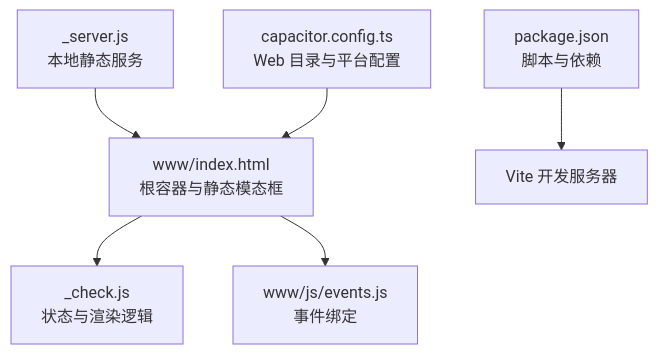
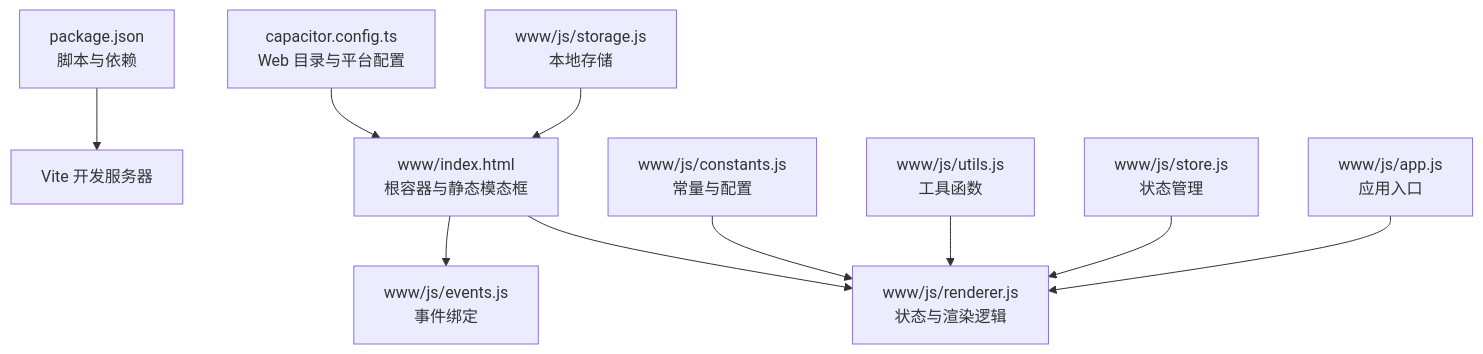
The first of 10 diagrams in .qoder/repowiki/zh/content/核心功能模块/用户界面组件.md (KAGUYA284/anima-list), drawn with Mermaid before and after one commit. The commit also changed other lines of this file and 17 other files, not shown here.

````diff
--- a/.qoder/repowiki/zh/content/核心功能模块/用户界面组件.md
+++ b/.qoder/repowiki/zh/content/核心功能模块/用户界面组件.md
@@ -31,8 +47,12 @@
 ```mermaid
 graph TB
-A["www/index.html<br/>根容器与静态模态框"] --> B["_check.js<br/>状态与渲染逻辑"]
+A["www/index.html<br/>根容器与静态模态框"] --> B["www/js/renderer.js<br/>状态与渲染逻辑"]
 A --> C["www/js/events.js<br/>事件绑定"]
 D["package.json<br/>脚本与依赖"] --> E["Vite 开发服务器"]
-F["_server.js<br/>本地静态服务"] --> A
+F["www/js/storage.js<br/>本地存储"] --> A
 G["capacitor.config.ts<br/>Web 目录与平台配置"] --> A
+H["www/js/constants.js<br/>常量与配置"] --> B
+I["www/js/utils.js<br/>工具函数"] --> B
+J["www/js/store.js<br/>状态管理"] --> B
+K["www/js/app.js<br/>应用入口"] --> B
 ```
````
